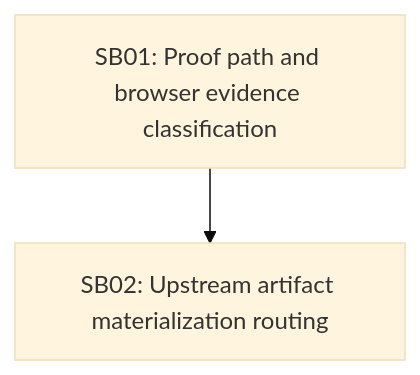
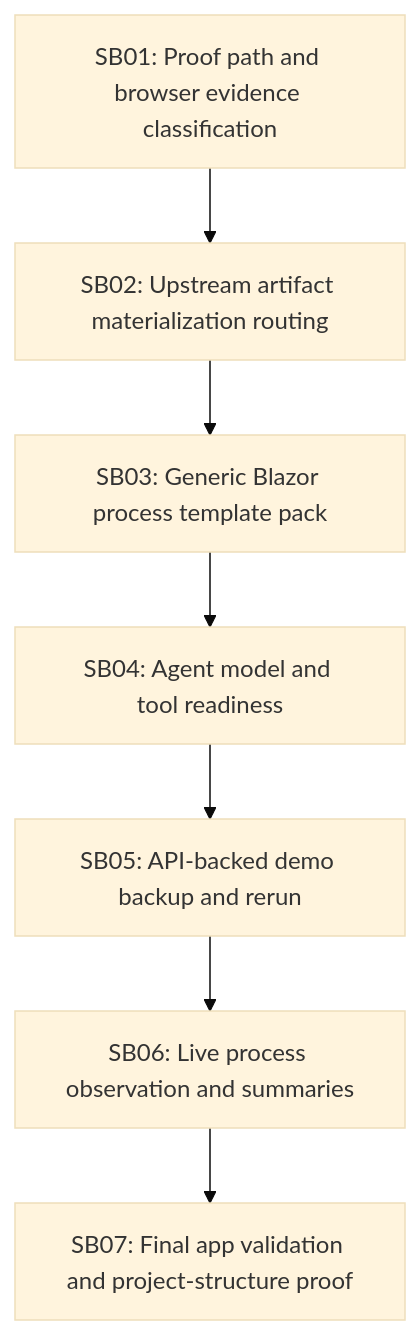
Before and after one commit to fyziktom/CanDoItAll: the second of 2 diagrams in codex/bundles/process-artifact-recovery-and-proof-path-hardening/plan/01-phase-plan.md, drawn with Mermaid (base theme). The commit also changed other lines of this file and 142 other files, not shown here.

````diff
--- a/codex/bundles/process-artifact-recovery-and-proof-path-hardening/plan/01-phase-plan.md
+++ b/codex/bundles/process-artifact-recovery-and-proof-path-hardening/plan/01-phase-plan.md
@@ -21,6 +36,16 @@
 ```mermaid
 flowchart TD
     SB01["SB01: Proof path and browser evidence classification"]
     SB02["SB02: Upstream artifact materialization routing"]
+    SB03["SB03: Generic Blazor process template pack"]
+    SB04["SB04: Agent model and tool readiness"]
+    SB05["SB05: API-backed demo backup and rerun"]
+    SB06["SB06: Live process observation and summaries"]
+    SB07["SB07: Final app validation and project-structure proof"]
     SB01 --> SB02
+    SB02 --> SB03
+    SB03 --> SB04
+    SB04 --> SB05
+    SB05 --> SB06
+    SB06 --> SB07
 ```
````
